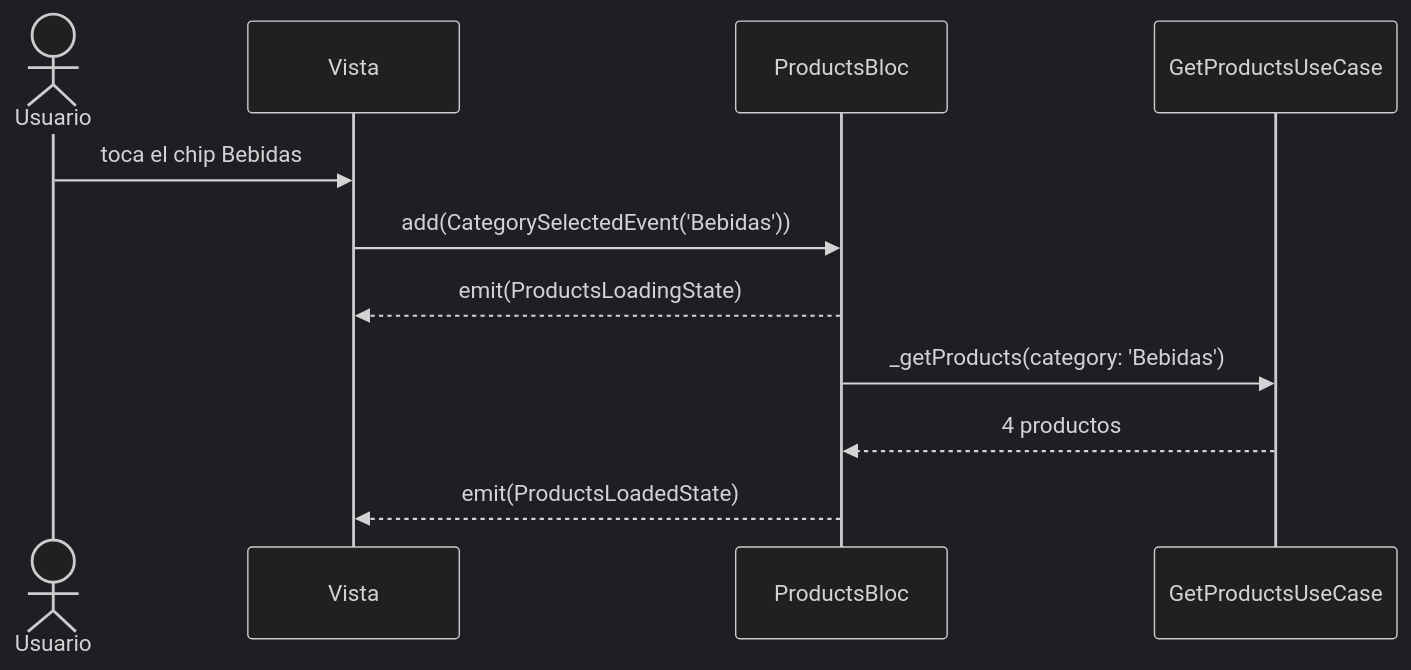
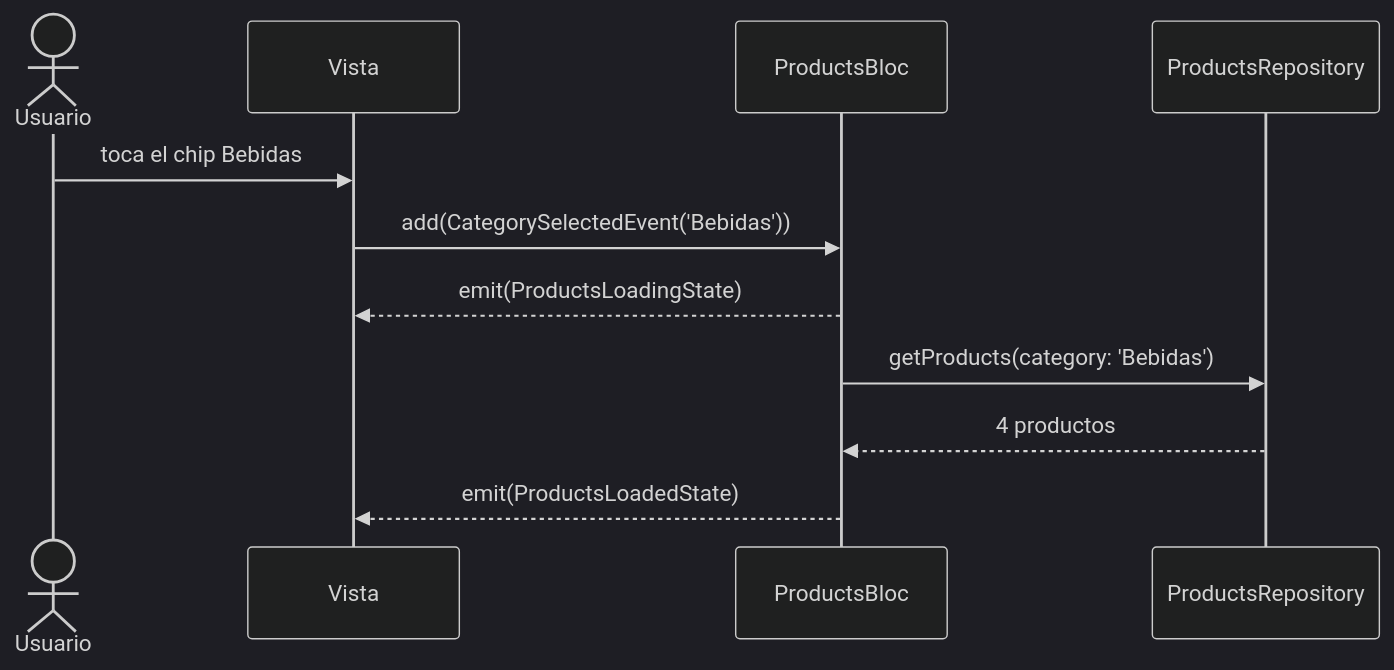
The diagram in content/lesson104.md (Domiciano/Apps), drawn with Mermaid (dark theme) before and after one commit. The commit also changed other lines of this file and 3 other files, not shown here.

First line of the commit message:
Vuelve conceptual la lección de Clean Architecture y la mueve después de Vista y BLoC

````diff
--- a/content/lesson104.md
+++ b/content/lesson104.md
@@ -148,13 +148,13 @@
 ```mermaid
 sequenceDiagram
   actor U as Usuario
   participant V as Vista
   participant B as ProductsBloc
-  participant UC as GetProductsUseCase
+  participant R as ProductsRepository
   U->>V: toca el chip Bebidas
   V->>B: add(CategorySelectedEvent('Bebidas'))
   B-->>V: emit(ProductsLoadingState)
-  B->>UC: _getProducts(category: 'Bebidas')
-  UC-->>B: 4 productos
+  B->>R: getProducts(category: 'Bebidas')
+  R-->>B: 4 productos
   B-->>V: emit(ProductsLoadedState)
 ```
````
